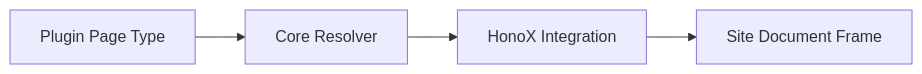
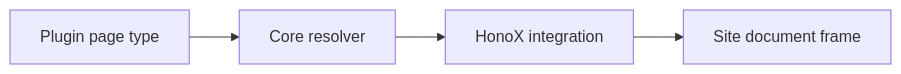
Before and after one commit to Rerurate514/riebeckite: the seventh of 13 diagrams in docs/docs/reference/plugin-api.md, drawn with Mermaid. The commit also changed other lines of this file and 604 other files, not shown here.

````diff
--- a/docs/docs/reference/plugin-api.md
+++ b/docs/docs/reference/plugin-api.md
@@ -570,11 +437,11 @@
 ```mermaid
 flowchart LR
-    Plugin["Plugin Page Type"]
-    Core["Core Resolver"]
-    Integration["HonoX Integration"]
-    Site["Site Document Frame"]
+    Plugin["Plugin page type"]
+    Core["Core resolver"]
+    Integration["HonoX integration"]
+    Site["Site document frame"]
 
     Plugin --> Core
     Core --> Integration
     Integration --> Site
 ```
````
